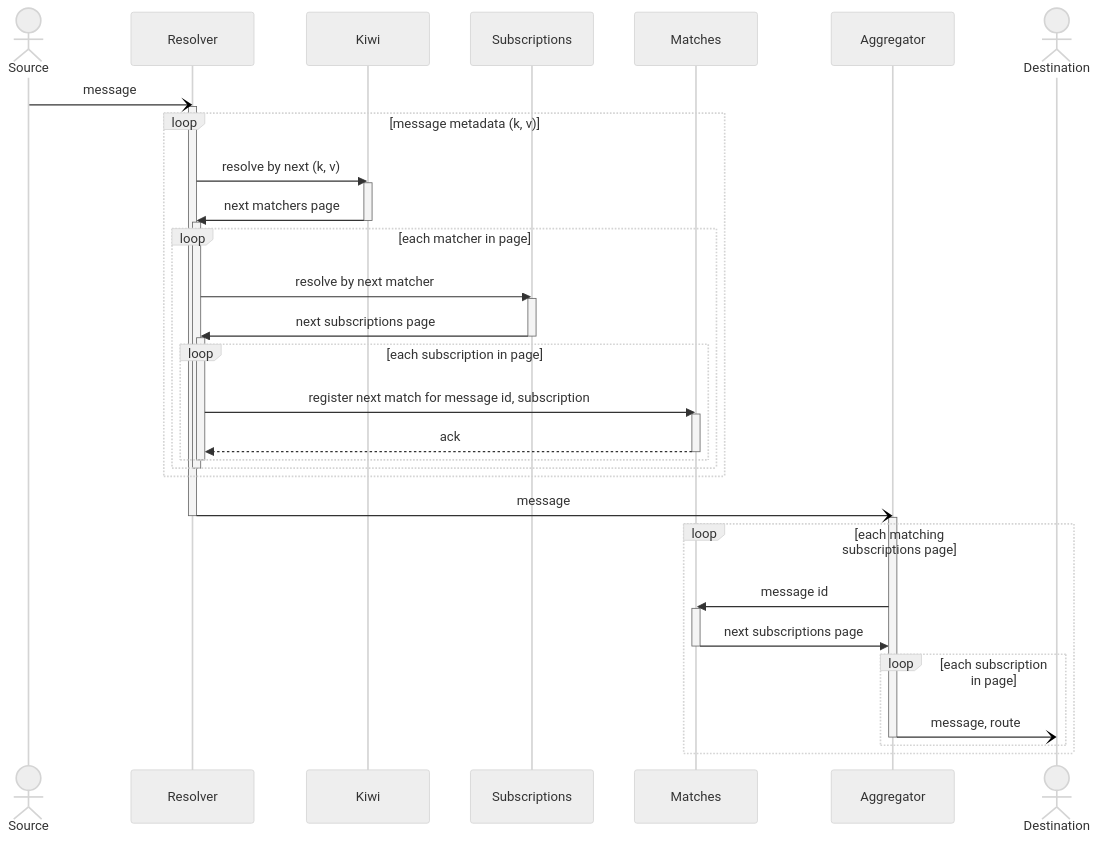
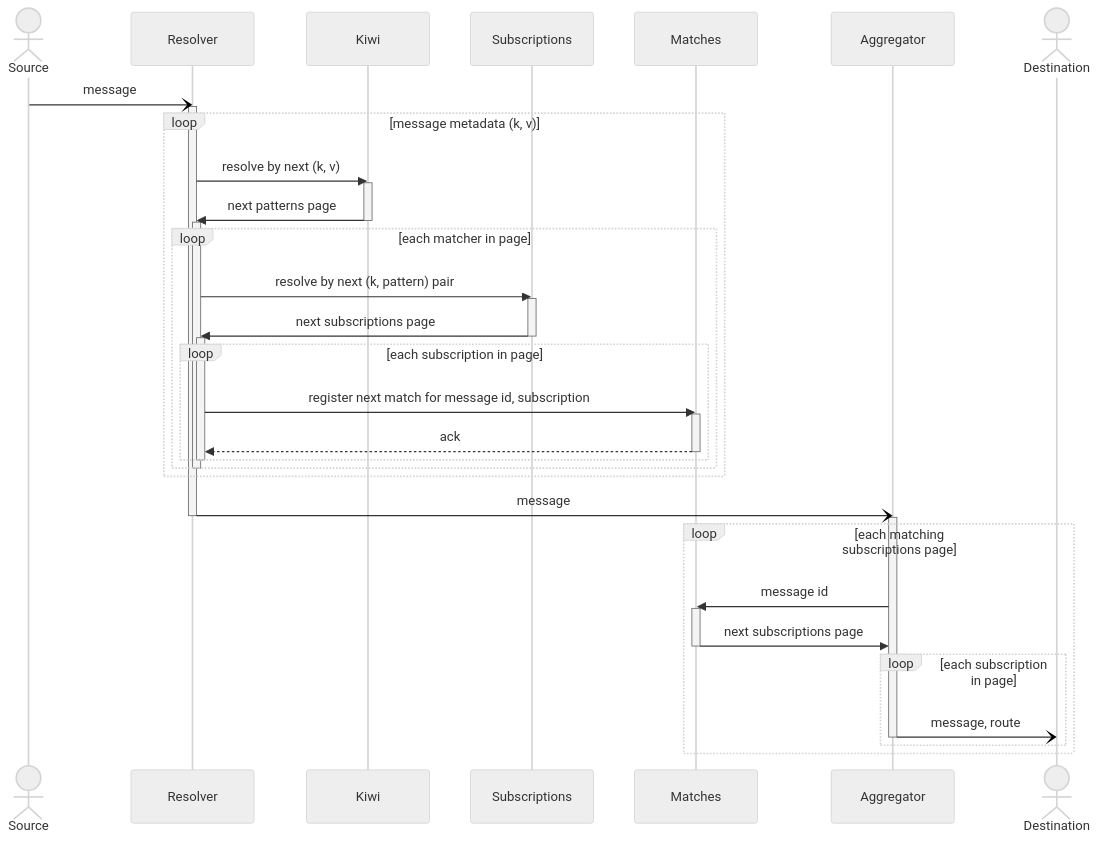
The diagram in profile/README.md (awakari/.github), drawn with Mermaid before and after one commit.

Commit message:
update the flow chart

````diff
--- a/profile/README.md
+++ b/profile/README.md
@@ -20,61 +20,61 @@
 ```mermaid
 %%{init: {'theme': 'neutral' } }%%
 sequenceDiagram
 
     actor Source
     participant Resolver
     participant Kiwi
     participant Subscriptions
     participant Matches
     participant Aggregator
     actor Destination
 
     Source-)Resolver: message
     activate Resolver
     
     loop message metadata (k, v)
     
         Resolver->>Kiwi: resolve by next (k, v)
         activate Kiwi
-        Kiwi->>Resolver: next matchers page
+        Kiwi->>Resolver: next patterns page
         deactivate Kiwi
         
         activate Resolver
         loop each matcher in page
             
-            Resolver->>Subscriptions: resolve by next matcher
+            Resolver->>Subscriptions: resolve by next (k, pattern) pair
             activate Subscriptions
             Subscriptions->>Resolver: next subscriptions page
             deactivate Subscriptions
             
             activate Resolver
             loop each subscription in page
                 Resolver->>Matches: register next match for message id, subscription
                 activate Matches
                 Matches-->>Resolver: ack
                 deactivate Matches
             end
             deactivate Resolver
             
         end
         deactivate Resolver
     end
         
     Resolver-)Aggregator: message
     deactivate Resolver
 
     activate Aggregator
     loop each matching subscriptions page
         
         Aggregator->>Matches: message id
         activate Matches
         Matches->>Aggregator: next subscriptions page
         deactivate Matches
         
         loop each subscription in page
             Aggregator-)Destination: message, route
             deactivate Aggregator
         end
         
     end
 ```
````
